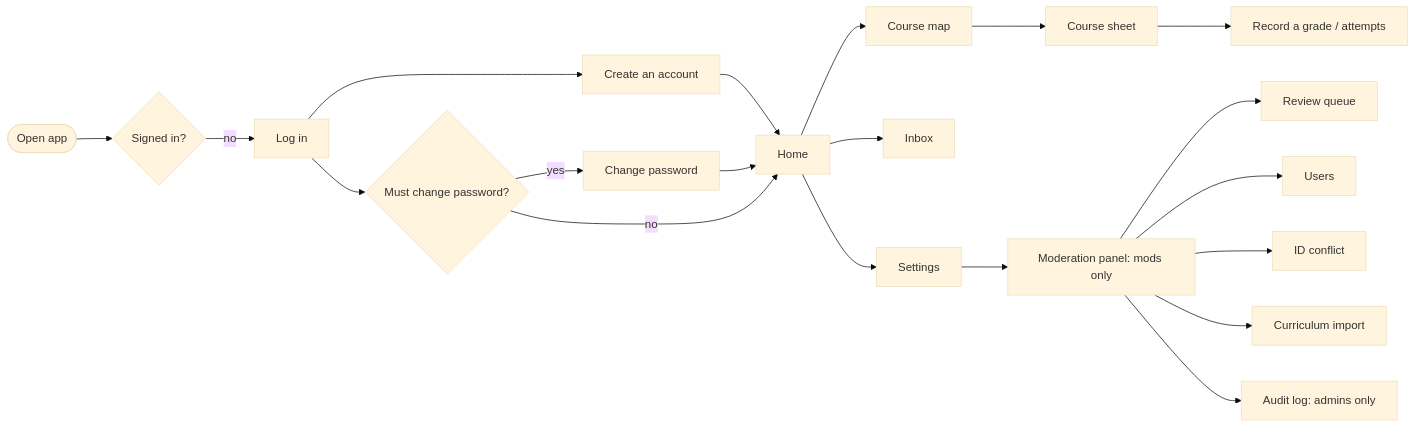
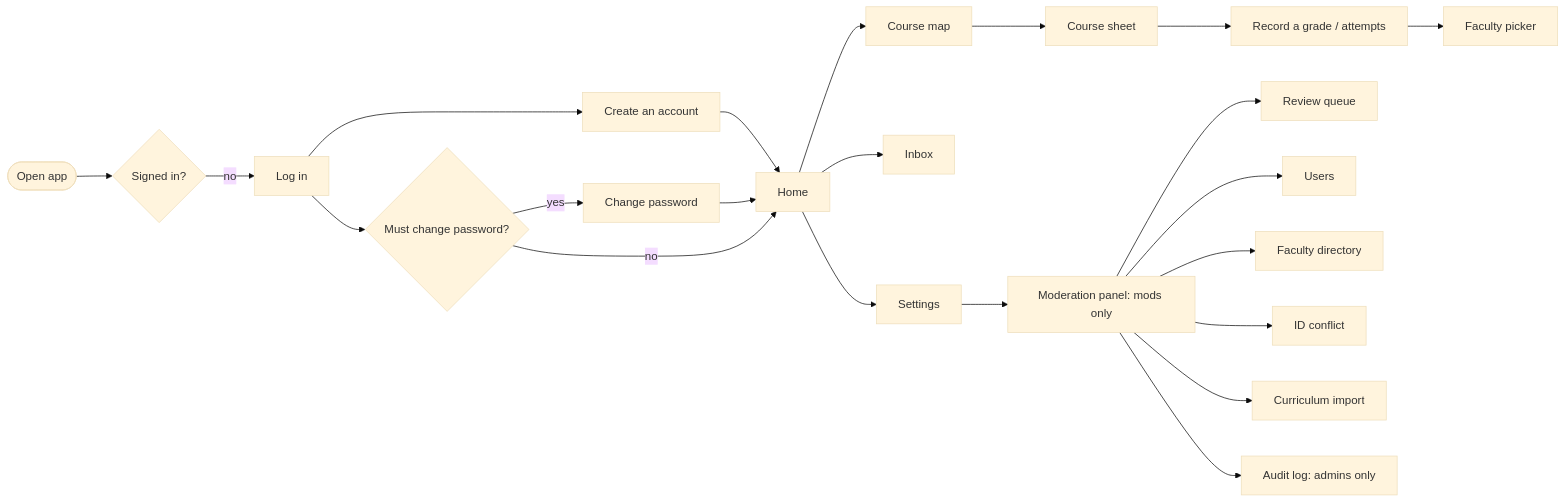
One commit to shithil17/UniLink changed the diagram in docs/screens.md. Above: the diagram before and after it, drawn with Mermaid (base theme). The commit also changed other lines of this file and 50 other files, not shown here.

Commit message:
feat(faculty): add searchable faculty directory with department filter and mod panel

````diff
--- a/docs/screens.md
+++ b/docs/screens.md
@@ -14,22 +14,24 @@
 ```mermaid
 flowchart LR
   Start([Open app]) --> S{Signed in?}
   S -- no --> Login[Log in]
   Login --> Signup[Create an account]
   Signup --> Home
   Login --> P{Must change password?}
   P -- yes --> Change[Change password]
   Change --> Home
   P -- no --> Home[Home]
   Home --> Courses[Course map]
   Home --> Inbox[Inbox]
   Home --> Settings[Settings]
   Courses --> Sheet[Course sheet]
   Sheet --> Attempt[Record a grade / attempts]
+  Attempt --> Picker[Faculty picker]
   Settings --> Mod[Moderation panel: mods only]
   Mod --> Queue[Review queue]
   Mod --> Users[Users]
+  Mod --> Faculty[Faculty directory]
   Mod --> Conflict[ID conflict]
   Mod --> Import[Curriculum import]
   Mod --> Audit[Audit log: admins only]
 ```
````
